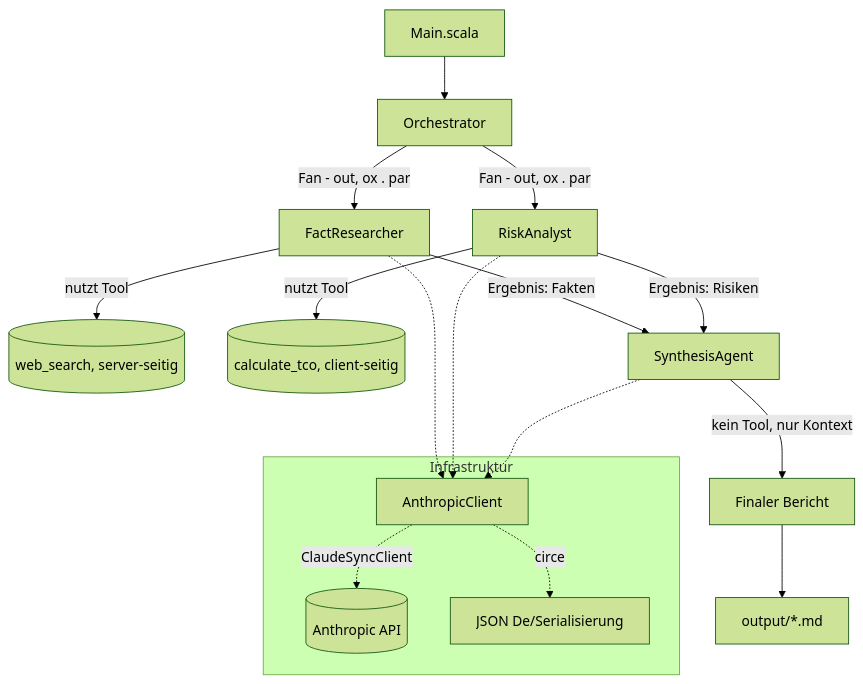
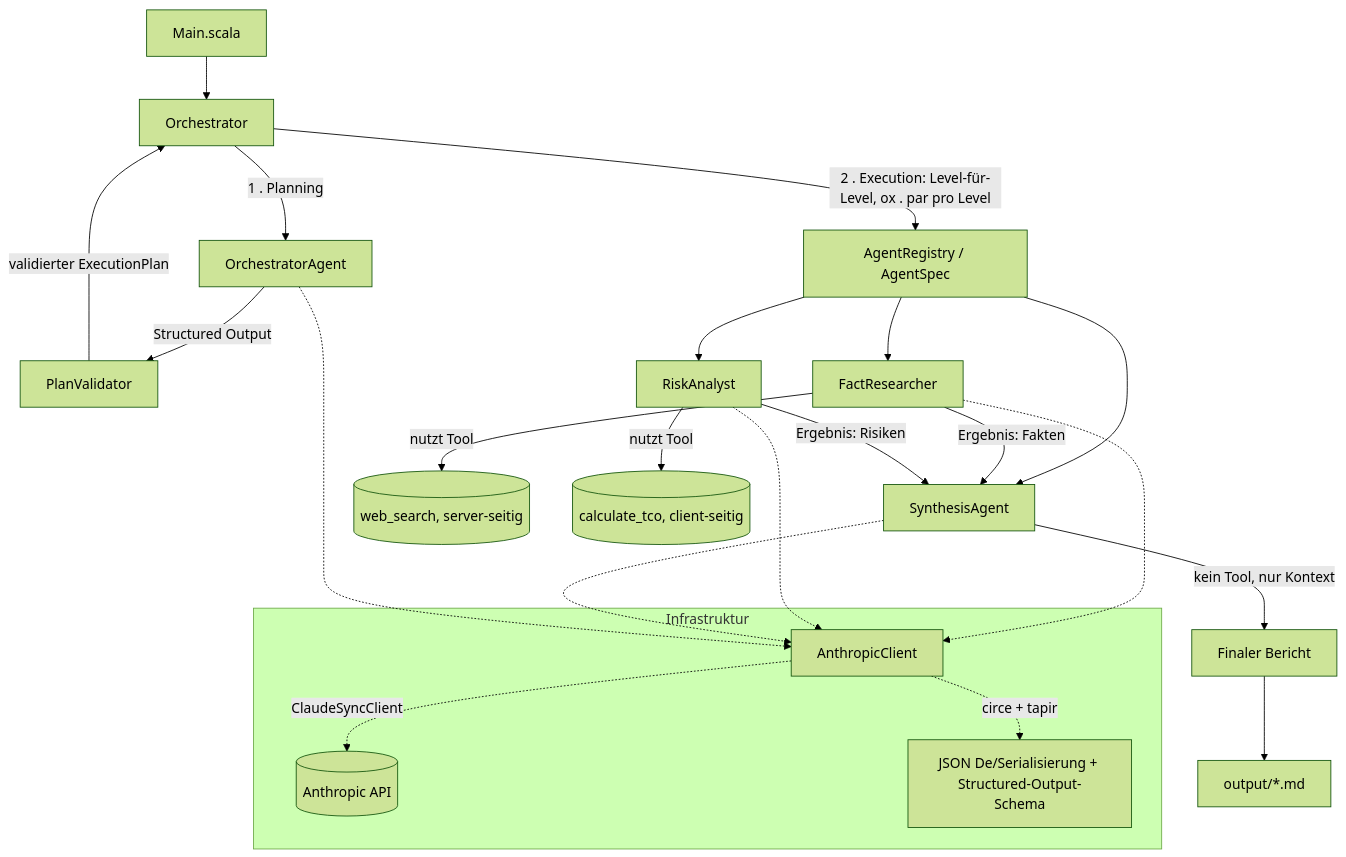
One commit to GuntherW/scala-cheatsheet changed the second of 3 diagrams in cli/multi-agent-system_agentic_orchestrator/README.md. Above: the diagram before and after it, drawn with Mermaid (forest theme). The commit also changed other lines of this file and 14 other files, not shown here.

````diff
--- a/cli/multi-agent-system_agentic_orchestrator/README.md
+++ b/cli/multi-agent-system_agentic_orchestrator/README.md
@@ -68,20 +127,26 @@
 ```mermaid
 flowchart TD
     A[Main.scala] --> B[Orchestrator]
-    B -->|Fan - out, ox . par| C[FactResearcher]
-    B -->|Fan - out, ox . par| D[RiskAnalyst]
+    B -->|1 . Planning| P[OrchestratorAgent]
+    P -->|Structured Output| V[PlanValidator]
+    V -->|validierter ExecutionPlan| B
+    B -->|2 . Execution: Level-für-Level, ox . par pro Level| REG[AgentRegistry / AgentSpec]
+    REG --> C[FactResearcher]
+    REG --> D[RiskAnalyst]
+    REG --> E[SynthesisAgent]
     C -->|nutzt Tool| C1[(web_search, server-seitig)]
     D -->|nutzt Tool| D1[(calculate_tco, client-seitig)]
-    C -->|Ergebnis: Fakten| E[SynthesisAgent]
+    C -->|Ergebnis: Fakten| E
     D -->|Ergebnis: Risiken| E
     E -->|kein Tool, nur Kontext| F[Finaler Bericht]
     F --> G[output/*.md]
 
     subgraph Infrastruktur
         H[AnthropicClient] -. ClaudeSyncClient .-> I[(Anthropic API)]
-        H -. circe .-> J[JSON De/Serialisierung]
+        H -. circe + tapir .-> J[JSON De/Serialisierung + Structured-Output-Schema]
     end
     C -.-> H
     D -.-> H
     E -.-> H
+    P -.-> H
 ```
````
